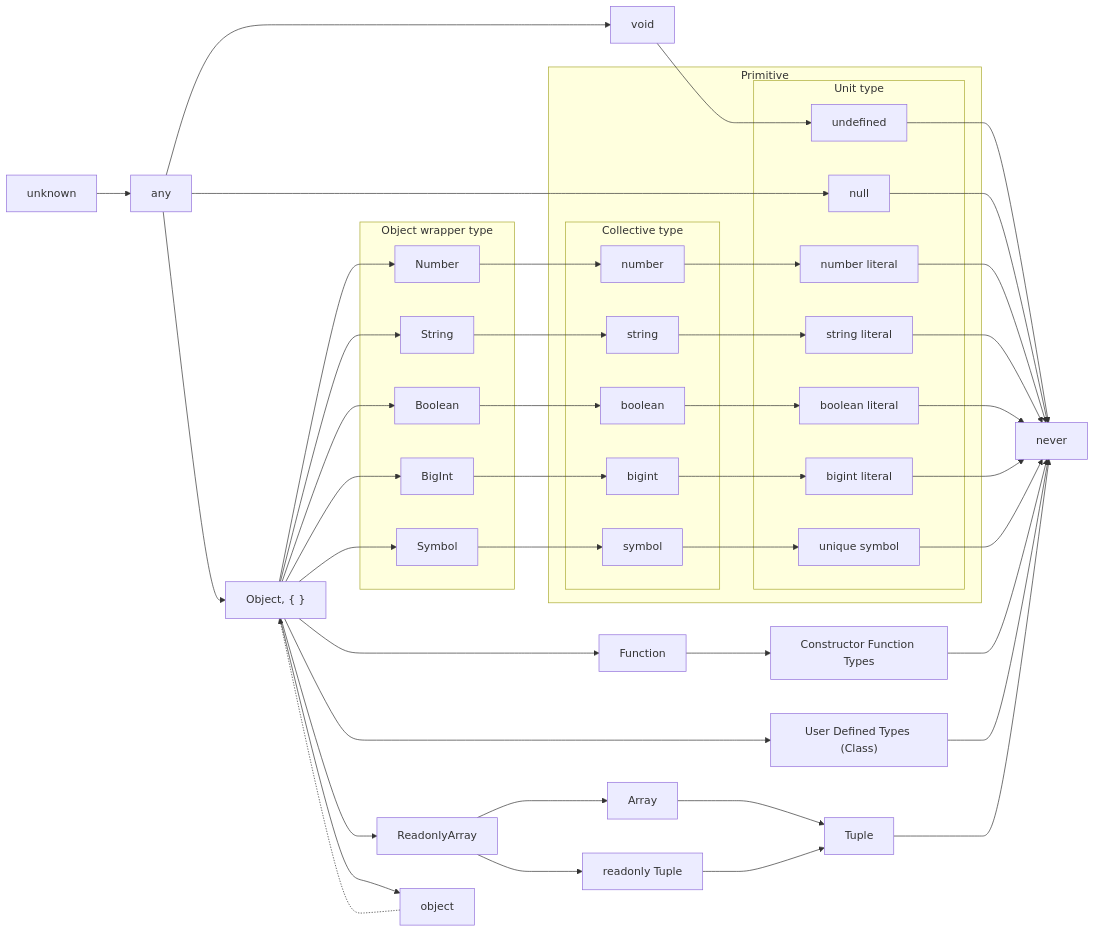
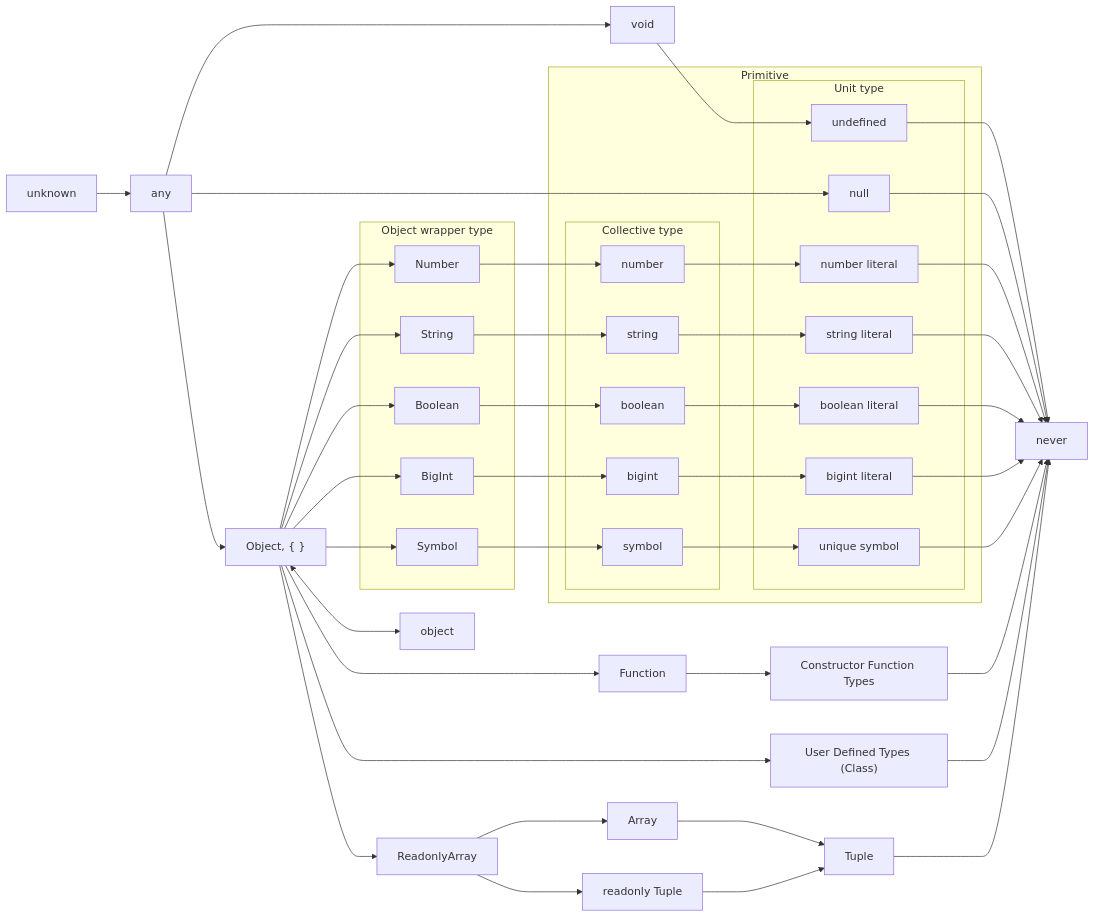
Before and after one commit to yo-goto/zenn-public-repo: the fourth of 9 diagrams in articles/typescript-type-set-hierarchy.md, drawn with Mermaid. The commit also changed other lines of this file, not shown here.

````diff
--- a/articles/typescript-type-set-hierarchy.md
+++ b/articles/typescript-type-set-hierarchy.md
@@ -632,55 +632,54 @@
 ```mermaid
 graph LR
   U[unknown]
   N[never]
   A[any]
   V[void]
   O["Object, { }"]
   obj[object]
   udt["User Defined Types (Class)"]
   cons["Constructor Function Types"]
   U --> A
   A --> V --> undefined --> N
   A --> null --> N
   A --> O --> Number & String & Boolean & BigInt & Symbol
   subgraph Wrap[Object wrapper type]
     Number
     String
     Boolean
     BigInt
     Symbol
   end
   subgraph Primitive
     subgraph Unit[Unit type]
       undefined
       null
       nl[number literal]
       sl[string literal]
       bl[boolean literal]
       bil[bigint literal]
       us[unique symbol]
     end
     subgraph Col[Collective type]
       number
       string
       boolean
       bigint
       symbol
     end
     Number --> number --> nl[number literal]
     String --> string --> sl[string literal]
     Boolean --> boolean --> bl[boolean literal]
     BigInt --> bigint --> bil[bigint literal]
     Symbol --> symbol --> us[unique symbol]
   end
   nl --> N
   sl --> N
   bl --> N
   bil --> N
   us --> N
+  O <--> obj
   O --> Function --> cons --> N
   O --> udt --> N
   O --> ReadonlyArray --> Array & RT[readonly Tuple] --> Tuple --> N
-  O --> obj
-  obj -.-> O
 ```
````
